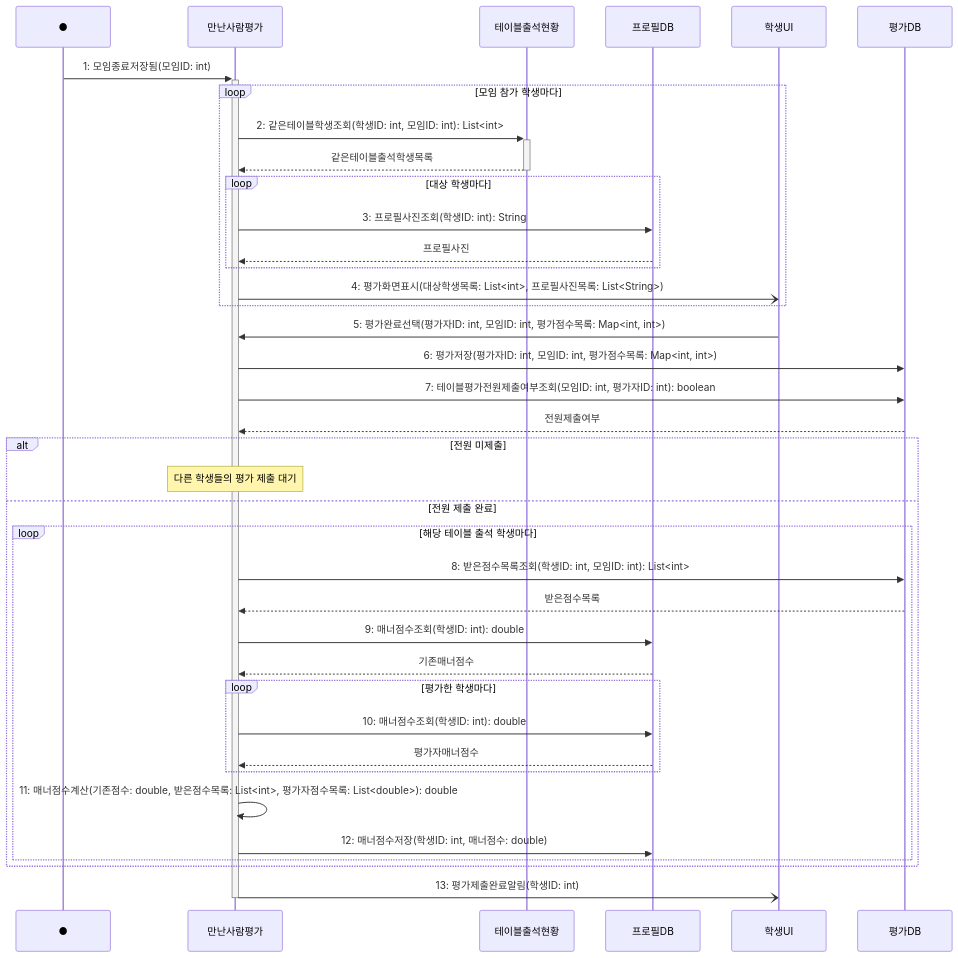
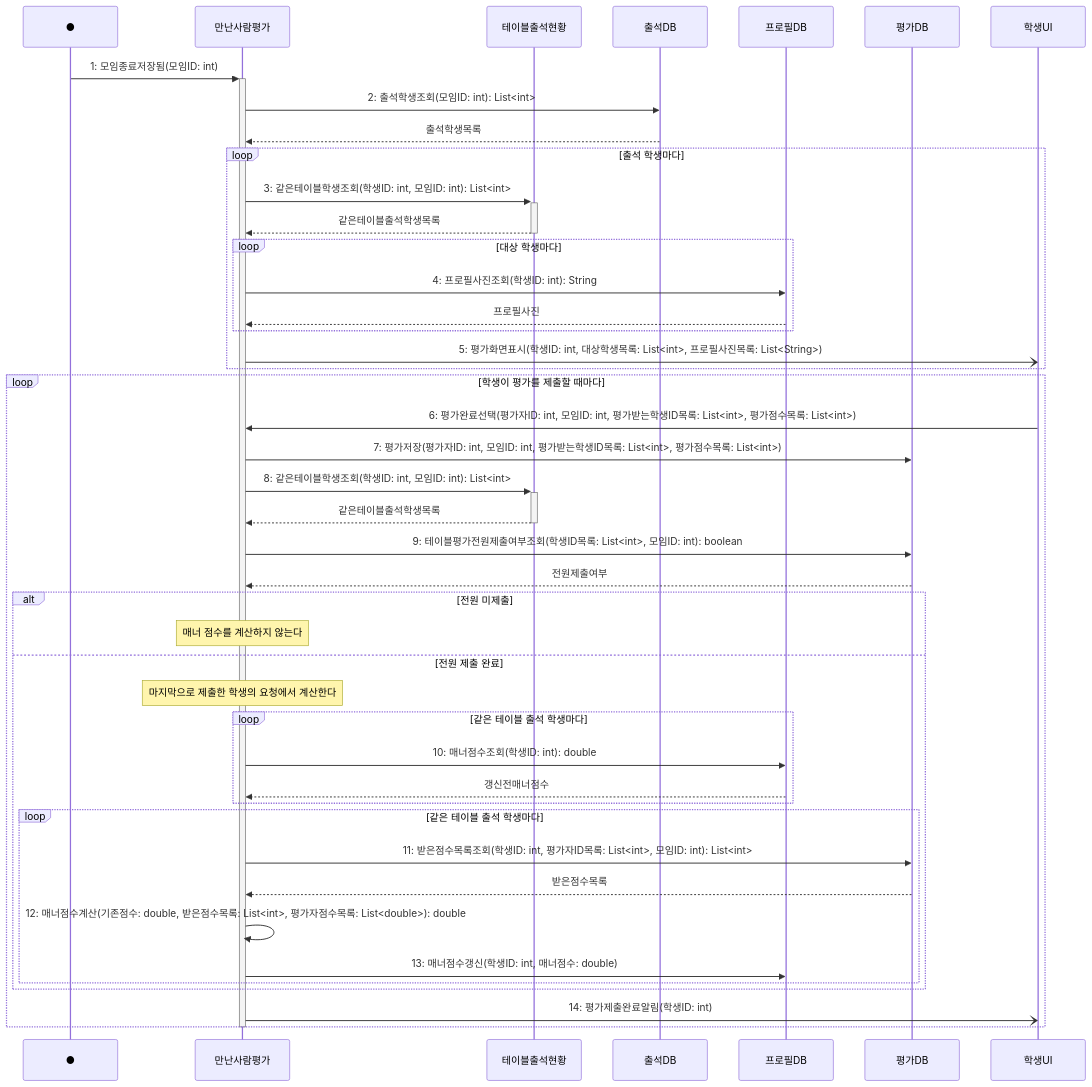
Before and after one commit to hojae3/sw-engineering-16: the diagram in sequence/seq-10.md, drawn with Mermaid. The commit also changed other lines of this file and 29 other files, not shown here.

````diff
--- a/sequence/seq-10.md
+++ b/sequence/seq-10.md
@@ -24,44 +25,50 @@
 ```mermaid
 sequenceDiagram
     participant Found as ●
     participant 평가 as 만난사람평가
     participant 현황 as 테이블출석현황
+    participant 출석DB as 출석DB
     participant 프로필DB as 프로필DB
+    participant 평가DB as 평가DB
     participant 학생UI as 학생UI
-    participant 평가DB as 평가DB
 
     Found->>+평가: 1: 모임종료저장됨(모임ID: int)
-    loop 모임 참가 학생마다
-        평가->>+현황: 2: 같은테이블학생조회(학생ID: int, 모임ID: int): List<int>
+    평가->>출석DB: 2: 출석학생조회(모임ID: int): List<int>
+    출석DB-->>평가: 출석학생목록
+    loop 출석 학생마다
+        평가->>+현황: 3: 같은테이블학생조회(학생ID: int, 모임ID: int): List<int>
         현황-->>-평가: 같은테이블출석학생목록
         loop 대상 학생마다
-            평가->>프로필DB: 3: 프로필사진조회(학생ID: int): String
+            평가->>프로필DB: 4: 프로필사진조회(학생ID: int): String
             프로필DB-->>평가: 프로필사진
         end
-        평가-)학생UI: 4: 평가화면표시(대상학생목록: List<int>, 프로필사진목록: List<String>)
+        평가-)학생UI: 5: 평가화면표시(학생ID: int, 대상학생목록: List<int>, 프로필사진목록: List<String>)
     end
 
-    학생UI->>평가: 5: 평가완료선택(평가자ID: int, 모임ID: int, 평가점수목록: Map<int, int>)
-    평가->>평가DB: 6: 평가저장(평가자ID: int, 모임ID: int, 평가점수목록: Map<int, int>)
-    평가->>평가DB: 7: 테이블평가전원제출여부조회(모임ID: int, 평가자ID: int): boolean
-    평가DB-->>평가: 전원제출여부
+    loop 학생이 평가를 제출할 때마다
+        학생UI->>평가: 6: 평가완료선택(평가자ID: int, 모임ID: int, 평가받는학생ID목록: List<int>, 평가점수목록: List<int>)
+        평가->>평가DB: 7: 평가저장(평가자ID: int, 모임ID: int, 평가받는학생ID목록: List<int>, 평가점수목록: List<int>)
+        평가->>+현황: 8: 같은테이블학생조회(학생ID: int, 모임ID: int): List<int>
+        현황-->>-평가: 같은테이블출석학생목록
+        평가->>평가DB: 9: 테이블평가전원제출여부조회(학생ID목록: List<int>, 모임ID: int): boolean
+        평가DB-->>평가: 전원제출여부
 
-    alt 전원 미제출
-        Note over 평가: 다른 학생들의 평가 제출 대기
-    else 전원 제출 완료
-        loop 해당 테이블 출석 학생마다
-            평가->>평가DB: 8: 받은점수목록조회(학생ID: int, 모임ID: int): List<int>
-            평가DB-->>평가: 받은점수목록
-            평가->>프로필DB: 9: 매너점수조회(학생ID: int): double
-            프로필DB-->>평가: 기존매너점수
-            loop 평가한 학생마다
+        alt 전원 미제출
+            Note over 평가: 매너 점수를 계산하지 않는다
+        else 전원 제출 완료
+            Note over 평가: 마지막으로 제출한 학생의 요청에서 계산한다
+            loop 같은 테이블 출석 학생마다
                 평가->>프로필DB: 10: 매너점수조회(학생ID: int): double
-                프로필DB-->>평가: 평가자매너점수
+                프로필DB-->>평가: 갱신전매너점수
             end
-            평가->>평가: 11: 매너점수계산(기존점수: double, 받은점수목록: List<int>, 평가자점수목록: List<double>): double
-            평가->>프로필DB: 12: 매너점수저장(학생ID: int, 매너점수: double)
+            loop 같은 테이블 출석 학생마다
+                평가->>평가DB: 11: 받은점수목록조회(학생ID: int, 평가자ID목록: List<int>, 모임ID: int): List<int>
+                평가DB-->>평가: 받은점수목록
+                평가->>평가: 12: 매너점수계산(기존점수: double, 받은점수목록: List<int>, 평가자점수목록: List<double>): double
+                평가->>프로필DB: 13: 매너점수갱신(학생ID: int, 매너점수: double)
+            end
         end
+        평가-)학생UI: 14: 평가제출완료알림(학생ID: int)
     end
-    평가-)학생UI: 13: 평가제출완료알림(학생ID: int)
     deactivate 평가
 ```
````
